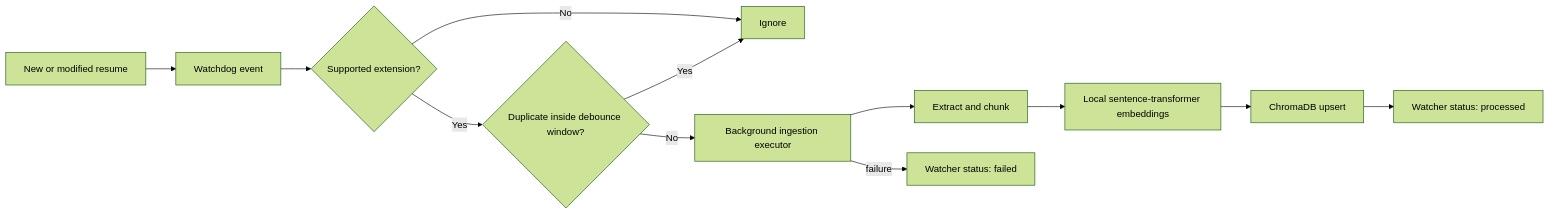
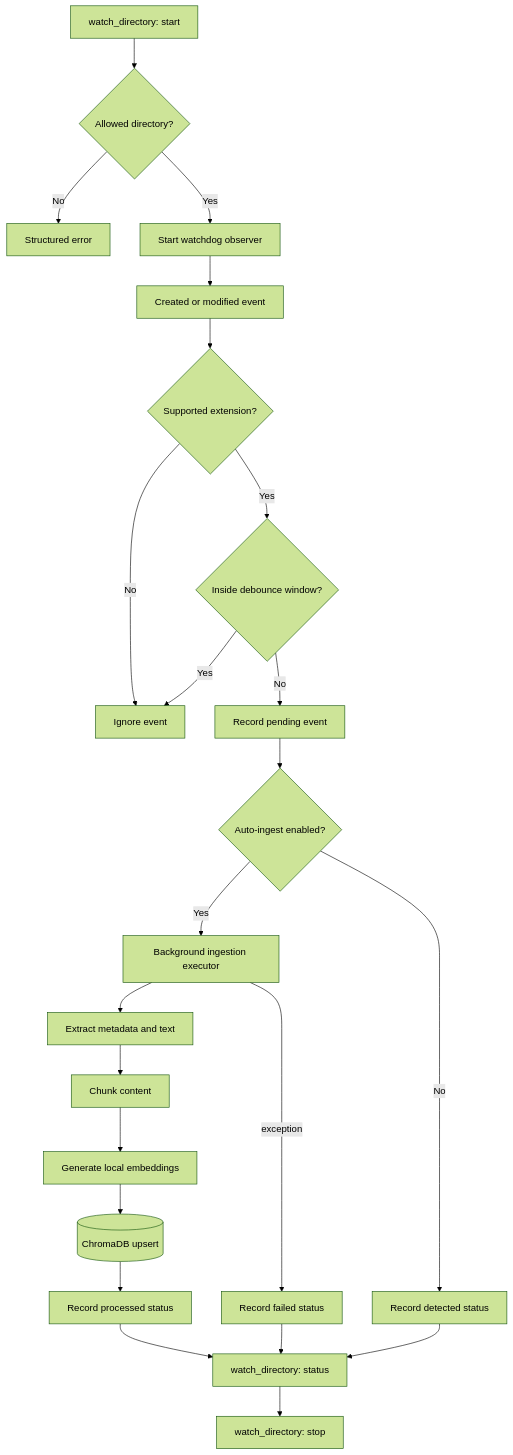
The sixth of 6 diagrams in docs/state_machine.md (baigny/MCP-Integration), drawn with Mermaid (forest theme) before and after one commit. The commit also changed other lines of this file and 3 other files, not shown here.

Commit message:
Improve MCP workflow diagrams

```diff
--- a/docs/state_machine.md
+++ b/docs/state_machine.md
@@ -51,14 +158,25 @@
 ~~~mermaid
-flowchart LR
-    A[New or modified resume] --> B[Watchdog event]
-    B --> C{Supported extension?}
-    C -- No --> D[Ignore]
-    C -- Yes --> E{Duplicate inside debounce window?}
-    E -- Yes --> D
-    E -- No --> F[Background ingestion executor]
-    F --> G[Extract and chunk]
-    G --> H[Local sentence-transformer embeddings]
-    H --> I[ChromaDB upsert]
-    I --> J[Watcher status: processed]
-    F -->|failure| K[Watcher status: failed]
+flowchart TD
+    Start[watch_directory: start] --> ValidateRoot{Allowed directory?}
+    ValidateRoot -->|No| Reject[Structured error]
+    ValidateRoot -->|Yes| Watcher[Start watchdog observer]
+    Watcher --> Event[Created or modified event]
+    Event --> Supported{Supported extension?}
+    Supported -->|No| Ignore[Ignore event]
+    Supported -->|Yes| Duplicate{Inside debounce window?}
+    Duplicate -->|Yes| Ignore
+    Duplicate -->|No| Pending[Record pending event]
+    Pending --> Auto{Auto-ingest enabled?}
+    Auto -->|No| Detected[Record detected status]
+    Auto -->|Yes| Worker[Background ingestion executor]
+    Worker --> Extract[Extract metadata and text]
+    Extract --> Chunk[Chunk content]
+    Chunk --> Embed[Generate local embeddings]
+    Embed --> Upsert[(ChromaDB upsert)]
+    Upsert --> Processed[Record processed status]
+    Worker -->|exception| Failed[Record failed status]
+    Processed --> Status[watch_directory: status]
+    Failed --> Status
+    Detected --> Status
+    Status --> Stop[watch_directory: stop]
 ~~~
```
